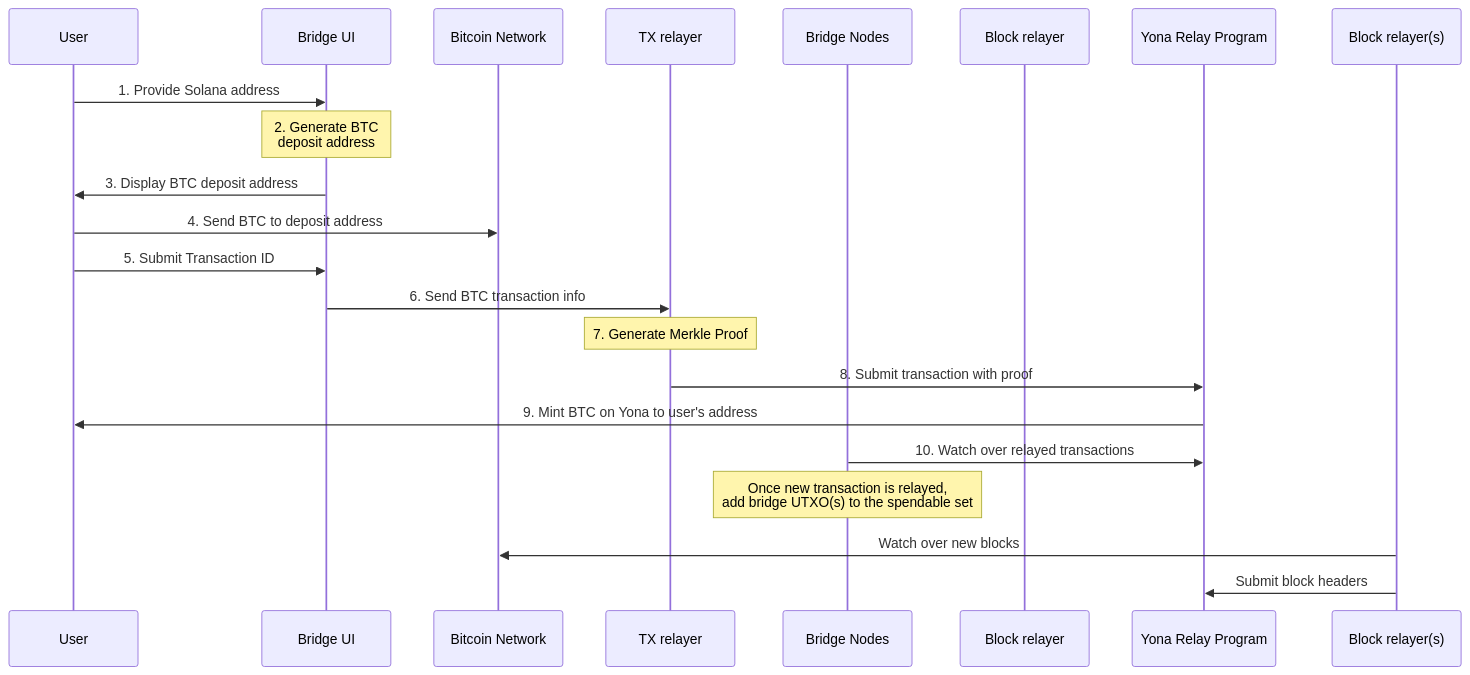
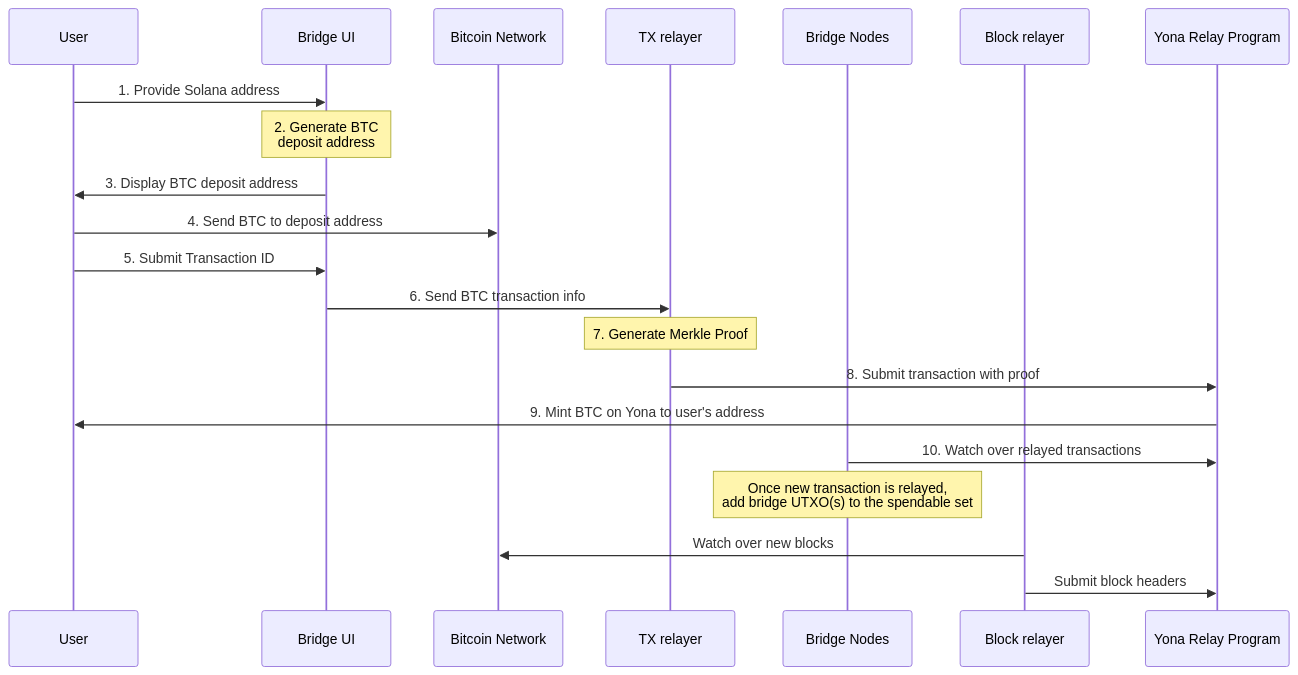
The diagram in docs/diagrams/bridge_deposit.md (Yona-Labs/bitcoin-svm-bridge), drawn with Mermaid before and after one commit.

Commit message:
Update bridge deposit sequence diagram.

````diff
--- a/docs/diagrams/bridge_deposit.md
+++ b/docs/diagrams/bridge_deposit.md
@@ -1,23 +1,23 @@
 ```mermaid
 sequenceDiagram
     participant User
     participant Bridge UI
     participant Bitcoin Network
     participant TX relayer
     participant Bridge Nodes
     participant Block relayer
     participant Yona Relay Program
     User ->> Bridge UI: 1. Provide Solana address
     Note over Bridge UI: 2. Generate BTC<br/>deposit address
     Bridge UI ->> User: 3. Display BTC deposit address
     User ->> Bitcoin Network: 4. Send BTC to deposit address
     User ->> Bridge UI: 5. Submit Transaction ID
     Bridge UI ->> TX relayer: 6. Send BTC transaction info
     Note over TX relayer: 7. Generate Merkle Proof
     TX relayer ->> Yona Relay Program: 8. Submit transaction with proof
     Yona Relay Program ->> User: 9. Mint BTC on Yona to user's address
     Bridge Nodes ->> Yona Relay Program: 10. Watch over relayed transactions
     Note over Bridge Nodes: Once new transaction is relayed,<br> add bridge UTXO(s) to the spendable set
-    Block relayer(s) ->> Bitcoin Network: Watch over new blocks
-    Block relayer(s) ->> Yona Relay Program: Submit block headers
+    Block relayer ->> Bitcoin Network: Watch over new blocks
+    Block relayer ->> Yona Relay Program: Submit block headers
 ```
````
